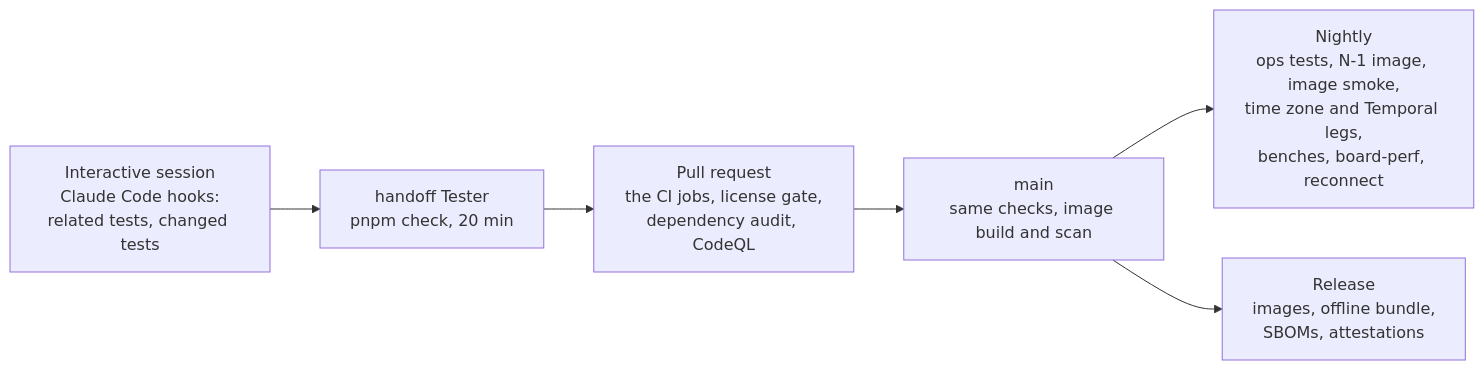
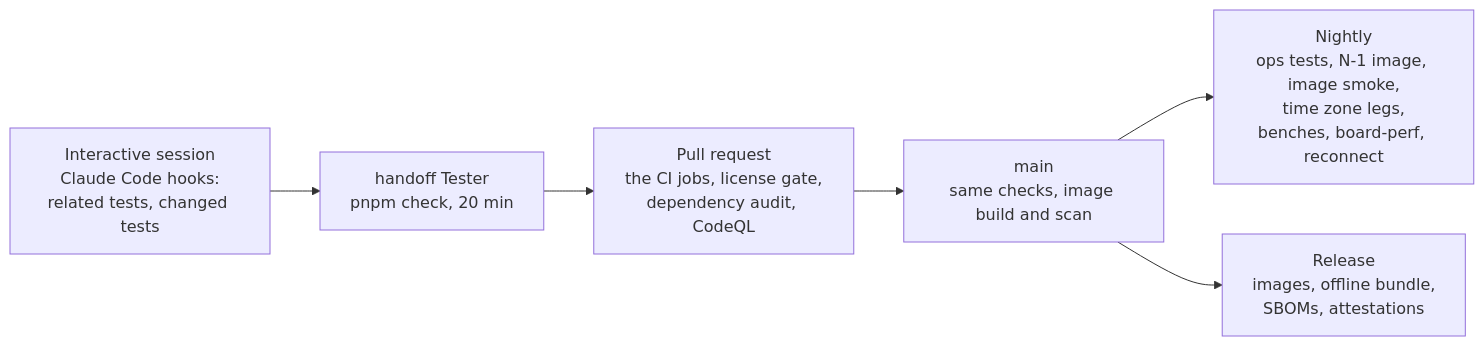
Before and after one commit to northMES/northmes: the second of 2 diagrams in docs/plan/11-quality-and-testing.md, drawn with Mermaid. The commit also changed other lines of this file and 15 other files, not shown here.

````diff
--- a/docs/plan/11-quality-and-testing.md
+++ b/docs/plan/11-quality-and-testing.md
@@ -444,11 +440,11 @@
 ```mermaid
 flowchart LR
   ide["Interactive session<br/>Claude Code hooks:<br/>related tests, changed tests"]
   tester["handoff Tester<br/>pnpm check, 20 min"]
   pr["Pull request<br/>the CI jobs, license gate,<br/>dependency audit, CodeQL"]
   main["main<br/>same checks, image build and scan"]
-  nightly["Nightly<br/>ops tests, N-1 image, image smoke,<br/>time zone and Temporal legs,<br/>benches, board-perf, reconnect"]
+  nightly["Nightly<br/>ops tests, N-1 image, image smoke,<br/>time zone legs,<br/>benches, board-perf, reconnect"]
   release["Release<br/>images, offline bundle,<br/>SBOMs, attestations"]
   ide --> tester --> pr --> main --> nightly
   main --> release
 ```
````
